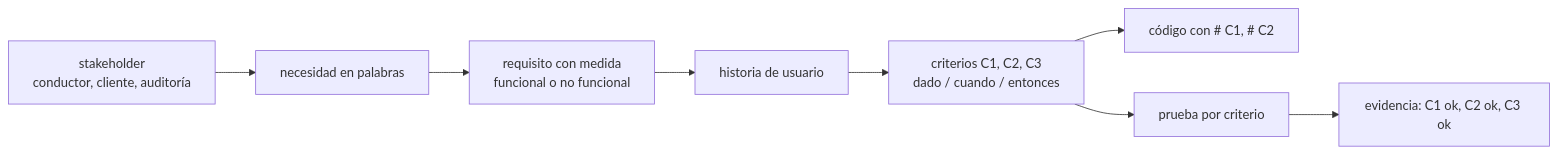
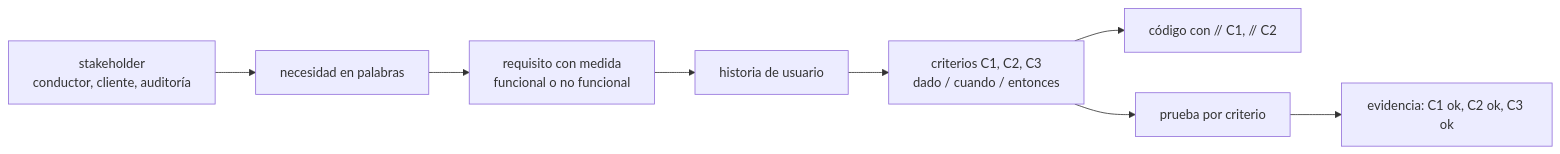
Before and after one commit to NICORUIZ93/The_Imperial_Book: the first of 9 diagrams in web/public/content/arquitectura/modulo-0.md, drawn with Mermaid. The commit also changed other lines of this file and 3 other files, not shown here.

````diff
--- a/web/public/content/arquitectura/modulo-0.md
+++ b/web/public/content/arquitectura/modulo-0.md
@@ -101,10 +101,10 @@
 ```mermaid
 flowchart LR
     ST["stakeholder<br/>conductor, cliente, auditoría"] --> NEED["necesidad en palabras"]
     NEED --> REQ["requisito con medida<br/>funcional o no funcional"]
     REQ --> HIST["historia de usuario"]
     HIST --> CRIT["criterios C1, C2, C3<br/>dado / cuando / entonces"]
-    CRIT --> CODE["código con # C1, # C2"]
+    CRIT --> CODE["código con // C1, // C2"]
     CRIT --> TEST["prueba por criterio"]
     TEST --> EV["evidencia: C1 ok, C2 ok, C3 ok"]
 ```
````
